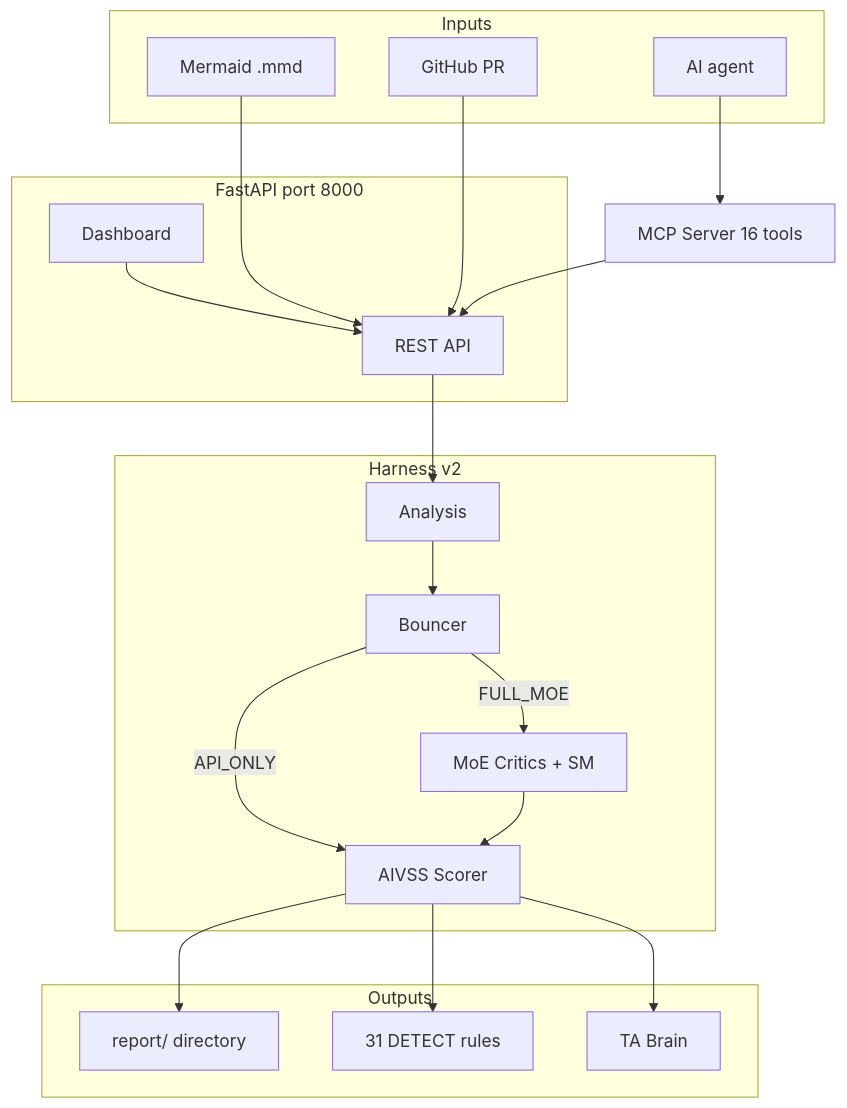
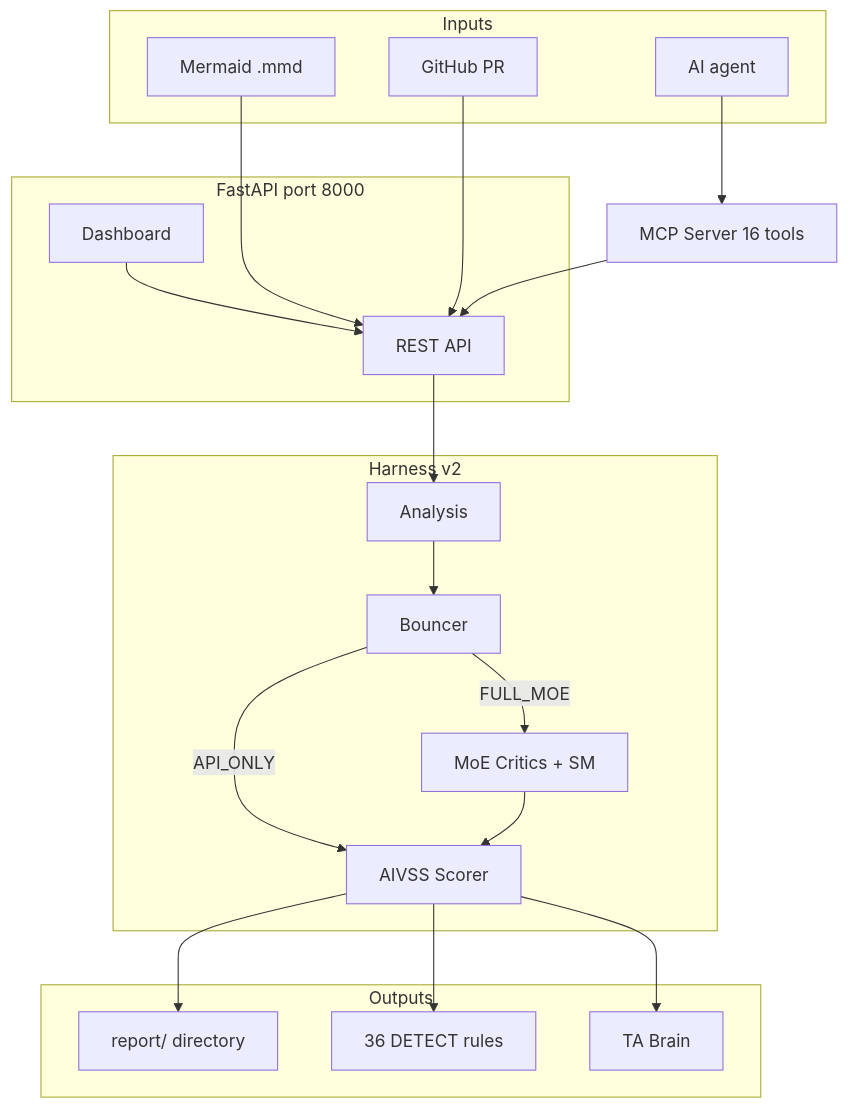
Before and after one commit to BerdTan/threatassessor: the diagram in README.md, drawn with Mermaid. The commit also changed other lines of this file and 4 other files, not shown here.

````diff
--- a/README.md
+++ b/README.md
@@ -7,45 +7,45 @@
 ```mermaid
 flowchart TD
     subgraph Inputs
         mmd_in["Mermaid .mmd"]
         pr_in["GitHub PR"]
         ai_in["AI agent"]
     end
 
     subgraph Service["FastAPI  port 8000"]
         rest_api["REST API"]
         dash_ui["Dashboard"]
     end
 
     mcp_srv["MCP Server  16 tools"]
 
     subgraph Harness["Harness v2"]
         an_s["Analysis"]
         bo_s["Bouncer"]
         cr_s["MoE Critics + SM"]
         av_s["AIVSS Scorer"]
     end
 
     subgraph Outputs
         rep_o["report/ directory"]
-        det_o["31 DETECT rules"]
+        det_o["36 DETECT rules"]
         brn_o["TA Brain"]
     end
 
     mmd_in --> rest_api
     pr_in --> rest_api
     ai_in --> mcp_srv
     mcp_srv --> rest_api
 
     rest_api --> an_s
     dash_ui --> rest_api
 
     an_s --> bo_s
     bo_s -->|"API_ONLY"| av_s
     bo_s -->|"FULL_MOE"| cr_s
     cr_s --> av_s
 
     av_s --> rep_o
     av_s --> det_o
     av_s --> brn_o
 ```
````
